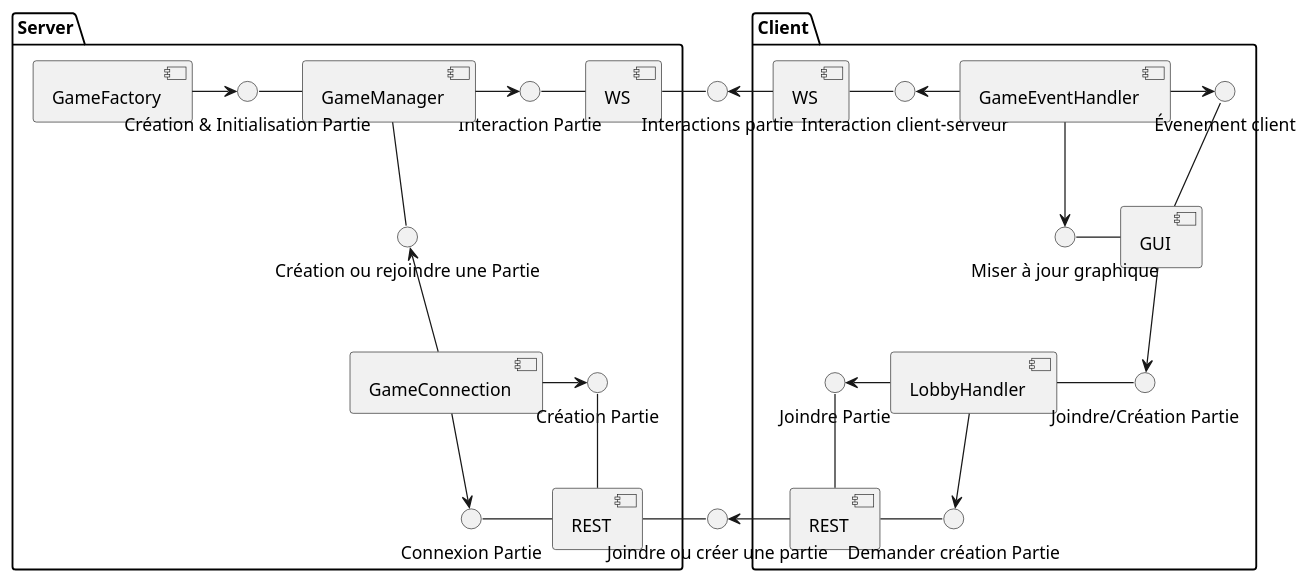
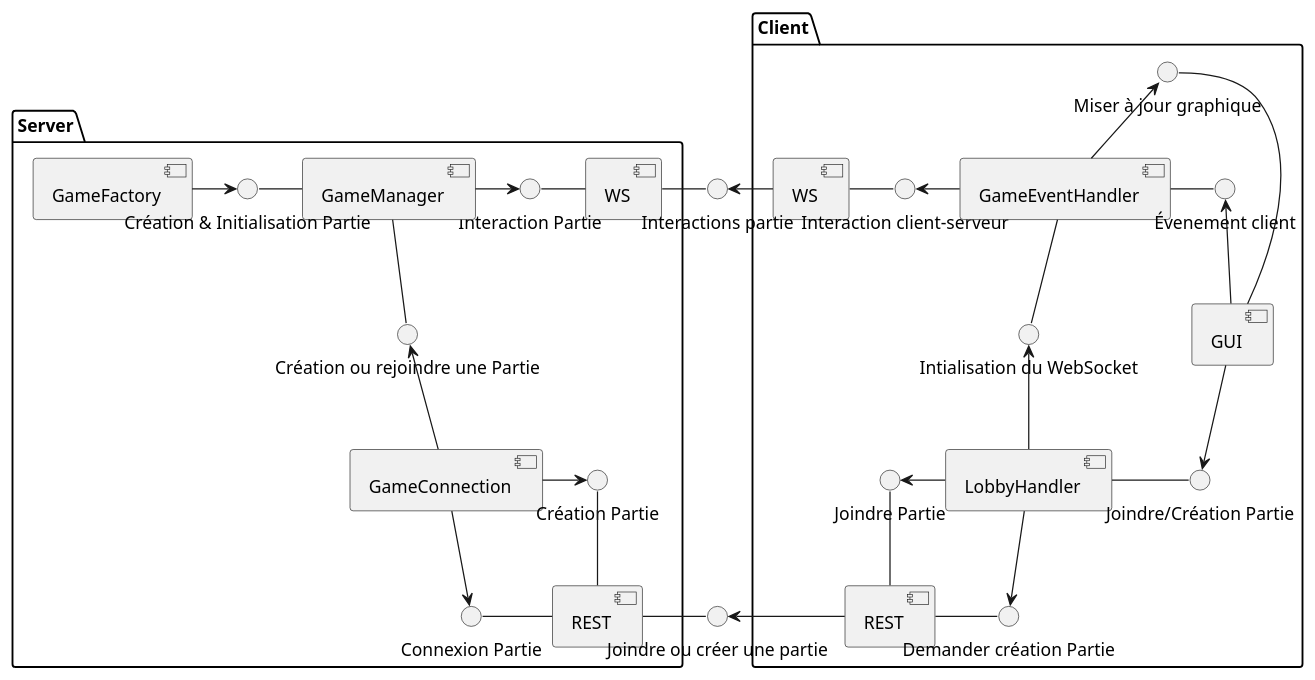
One commit to Lapin-Obez/colon_de_catane changed the diagram in catan-doc/modules/composants/pages/composants.adoc. Above: the diagram before and after it, drawn with PlantUML.

Commit message:
Fixing missing link between two components on client side in composants.adoc

```diff
--- a/catan-doc/modules/composants/pages/composants.adoc
+++ b/catan-doc/modules/composants/pages/composants.adoc
@@ -12,57 +12,58 @@
 [plantuml]
 ....
 @startuml
 
 package "Server" {
   [GameFactory]
 
   [WS] as WS_server
   WS_server -l- "Interaction Partie"
   "Interaction Partie" <--l-- [GameManager]
 
   [GameManager] -l- "Création & Initialisation Partie"
   "Création & Initialisation Partie" <--l-- [GameFactory]
 
   [GameManager] -- "Création ou rejoindre une Partie"
   "Création ou rejoindre une Partie" <-- [GameConnection]
 
   [REST] as REST_server
   REST_server -l- "Connexion Partie"
   REST_server -l- "Création Partie"
   [GameConnection] -d-> "Connexion Partie"
   [GameConnection] -r-> "Création Partie"
 }
 
 WS_server ---r--- "Interactions partie"
 REST_server ---r--- "Joindre ou créer une partie"
 
-
 package "Client" {
 
   [WS] as WS_client
   [REST] as REST_client
   [GUI] as GUI
   
   WS_client -r- "Interaction client-serveur"
   [GameEventHandler] -l-> "Interaction client-serveur"
-  
+  [GameEventHandler] -d- "Intialisation du WebSocket"
+
   [LobbyHandler] -l-> "Joindre Partie"
   [LobbyHandler] -d-> "Demander création Partie"
   [LobbyHandler] -r- "Joindre/Création Partie"
 
   REST_client -u- "Joindre Partie"
   REST_client -r- "Demander création Partie"
 
   GUI -l- "Miser à jour graphique"
-  GUI -u- "Évenement client"
+  GUI -u-> "Évenement client"
   GUI -d-> "Joindre/Création Partie"
-  "Miser à jour graphique" <-u- [GameEventHandler]
-  "Évenement client" <-l- [GameEventHandler]
+  "Miser à jour graphique" <-- [GameEventHandler]
+    [LobbyHandler] -u-> "Intialisation du WebSocket"
+
+  "Évenement client" -l- [GameEventHandler]
 }
 
 WS_client ---r---> "Interactions partie"
 REST_client ---r---> "Joindre ou créer une partie"
 
-
 @enduml
 ....
```
